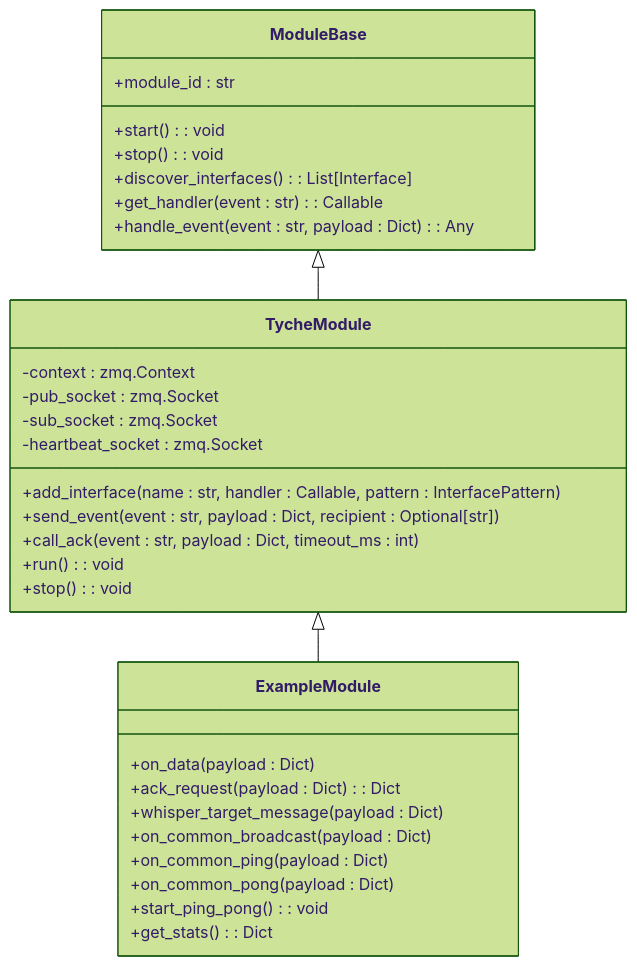
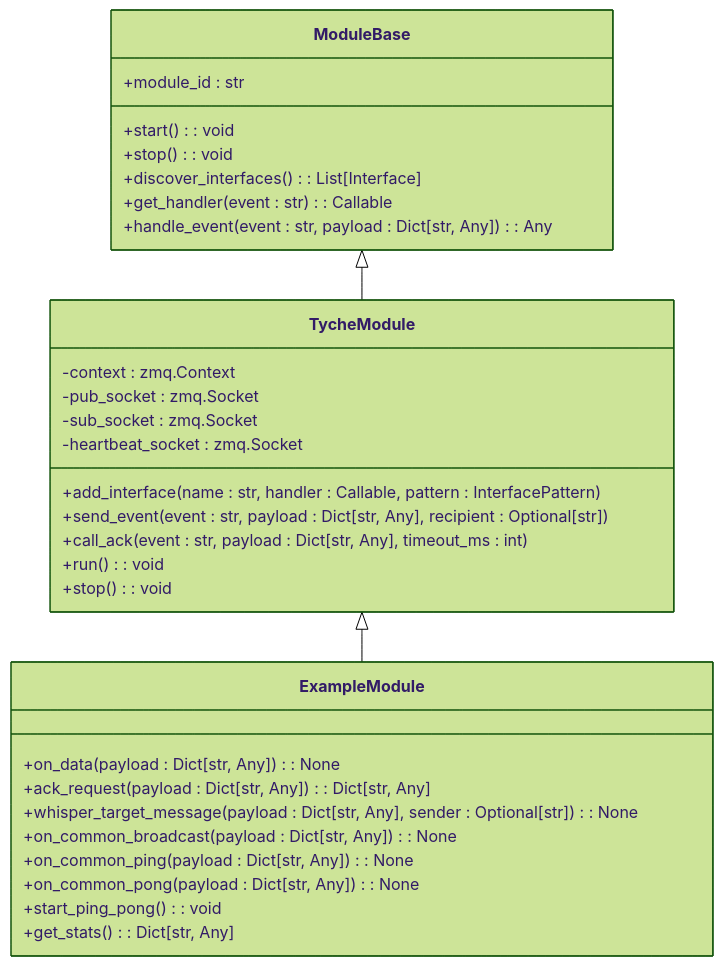
Before and after one commit to zt281/TycheEngine: the fourth of 7 diagrams in .qoder/repowiki/en/content/Core Components/TycheModule System.md, drawn with Mermaid (forest theme). The commit also changed other lines of this file and 5 other files, not shown here.

````diff
--- a/.qoder/repowiki/en/content/Core Components/TycheModule System.md
+++ b/.qoder/repowiki/en/content/Core Components/TycheModule System.md
@@ -224,34 +246,34 @@
 ```mermaid
 classDiagram
 class ModuleBase {
 +module_id : str
 +start() : void
 +stop() : void
 +discover_interfaces() : List[Interface]
 +get_handler(event : str) : Callable
-+handle_event(event : str, payload : Dict) : Any
++handle_event(event : str, payload : Dict[str, Any]) : Any
 }
 class TycheModule {
 -context : zmq.Context
 -pub_socket : zmq.Socket
 -sub_socket : zmq.Socket
 -heartbeat_socket : zmq.Socket
 +add_interface(name : str, handler : Callable, pattern : InterfacePattern)
-+send_event(event : str, payload : Dict, recipient : Optional[str])
-+call_ack(event : str, payload : Dict, timeout_ms : int)
++send_event(event : str, payload : Dict[str, Any], recipient : Optional[str])
++call_ack(event : str, payload : Dict[str, Any], timeout_ms : int)
 +run() : void
 +stop() : void
 }
 class ExampleModule {
-+on_data(payload : Dict)
-+ack_request(payload : Dict) : Dict
-+whisper_target_message(payload : Dict)
-+on_common_broadcast(payload : Dict)
-+on_common_ping(payload : Dict)
-+on_common_pong(payload : Dict)
++on_data(payload : Dict[str, Any]) : None
++ack_request(payload : Dict[str, Any]) : Dict[str, Any]
++whisper_target_message(payload : Dict[str, Any], sender : Optional[str]) : None
++on_common_broadcast(payload : Dict[str, Any]) : None
++on_common_ping(payload : Dict[str, Any]) : None
++on_common_pong(payload : Dict[str, Any]) : None
 +start_ping_pong() : void
-+get_stats() : Dict
++get_stats() : Dict[str, Any]
 }
 ModuleBase <|-- TycheModule
 TycheModule <|-- ExampleModule
 ```
````
